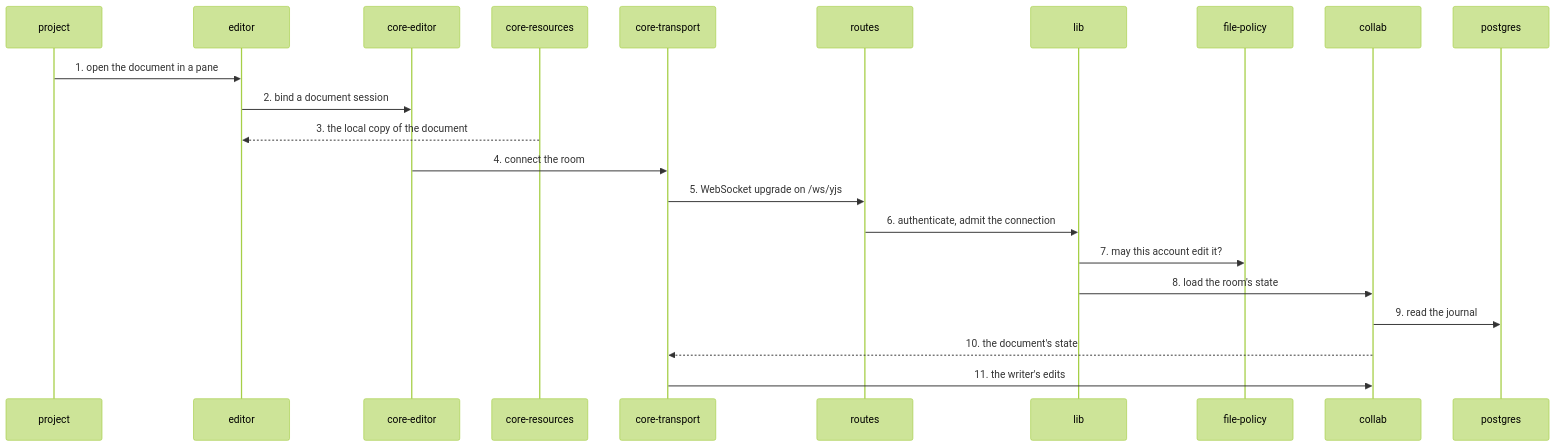
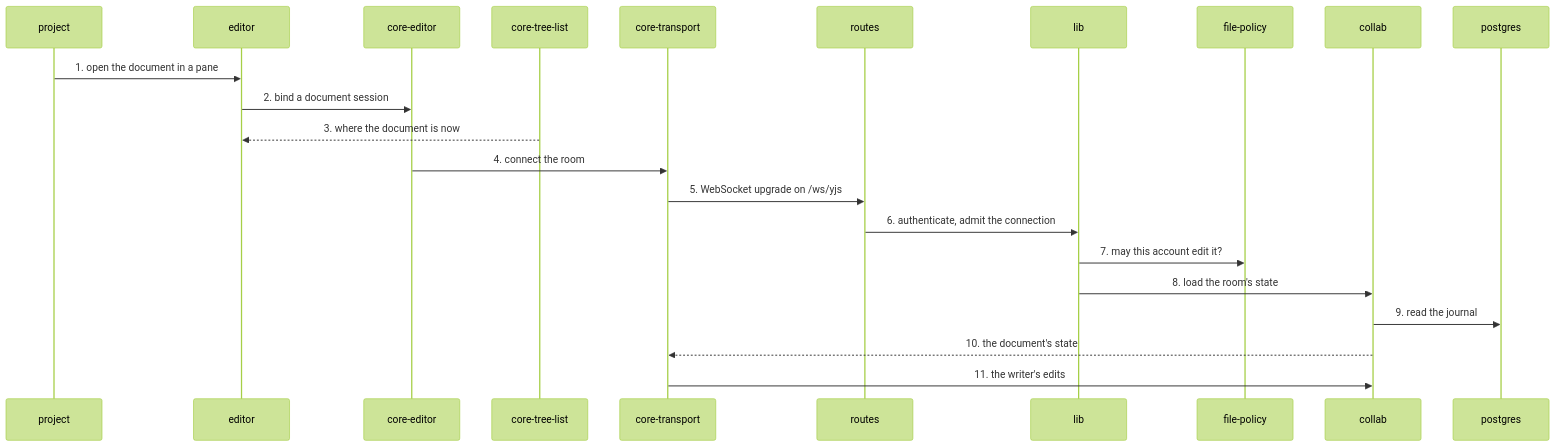
Before and after one commit to haowjy/meridian-flow: the diagram in .context/system-architecture/flows/opening-a-document.md, drawn with Mermaid (forest theme). The commit also changed other lines of this file and 17 other files, not shown here.

Commit message:
project-tree (browser): docs, architecture map and state machine index follow the deleted replica; lint exceptions fixed

````diff
--- a/.context/system-architecture/flows/opening-a-document.md
+++ b/.context/system-architecture/flows/opening-a-document.md
@@ -6,24 +6,24 @@
 ```mermaid
 sequenceDiagram
   participant project
   participant editor
   participant core-editor
-  participant core-resources
+  participant core-tree-list
   participant core-transport
   participant server-routes as routes
   participant server-lib as lib
   participant file-policy
   participant collab
   participant postgres
   project->>editor: 1. open the document in a pane
   editor->>core-editor: 2. bind a document session
-  core-resources-->>editor: 3. the local copy of the document
+  core-tree-list-->>editor: 3. where the document is now
   core-editor->>core-transport: 4. connect the room
   core-transport->>server-routes: 5. WebSocket upgrade on /ws/yjs
   server-routes->>server-lib: 6. authenticate, admit the connection
   server-lib->>file-policy: 7. may this account edit it?
   server-lib->>collab: 8. load the room's state
   collab->>postgres: 9. read the journal
   collab-->>core-transport: 10. the document's state
   core-transport->>collab: 11. the writer's edits
 ```
````
